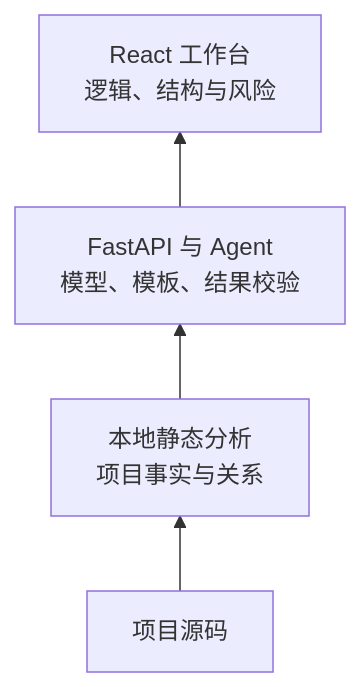
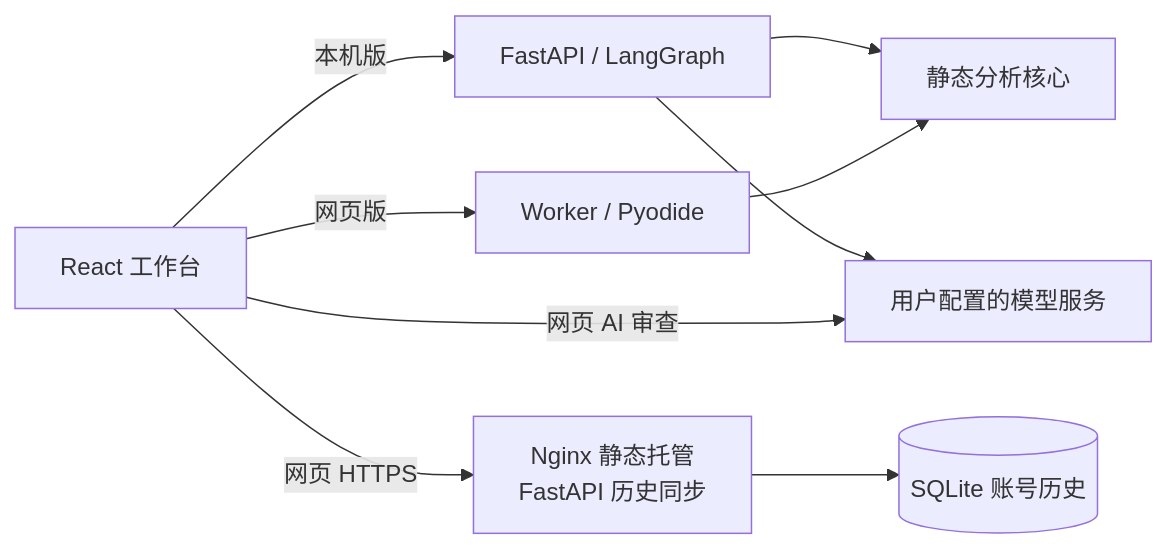
The first of 2 diagrams in docs/slides/slides.md (kane0204/CodeLens), drawn with Mermaid before and after one commit. The commit also changed other lines of this file, not shown here.

````diff
--- a/docs/slides/slides.md
+++ b/docs/slides/slides.md
@@ -136,6 +72,11 @@
 ```mermaid
-flowchart BT
-    A["项目源码"] --> B["本地静态分析<br/>项目事实与关系"]
-    B --> C["FastAPI 与 Agent<br/>模型、模板、结果校验"]
-    C --> D["React 工作台<br/>逻辑、结构与风险"]
+flowchart LR
+    U["React 工作台"] -->|本机版| API["FastAPI / LangGraph"]
+    U -->|网页版| WEB["Worker / Pyodide"]
+    API --> CORE["静态分析核心"]
+    WEB --> CORE
+    API --> AI["用户配置的模型服务"]
+    U -->|网页 AI 审查| AI
+    U -->|网页 HTTPS| SYNC["Nginx 静态托管<br/>FastAPI 历史同步"]
+    SYNC --> DB[("SQLite 账号历史")]
 ```
````
